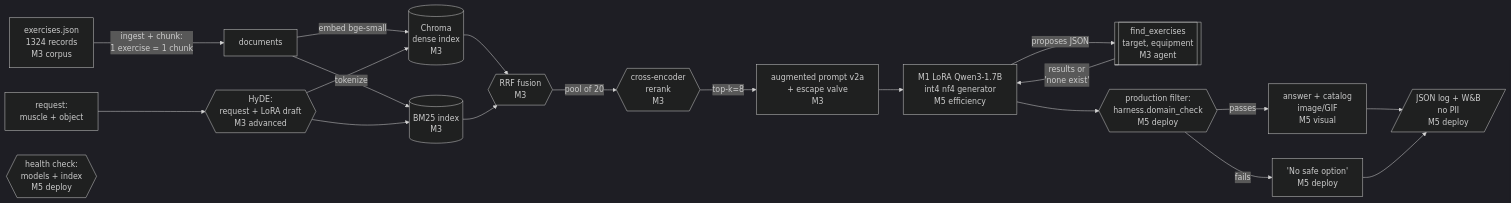
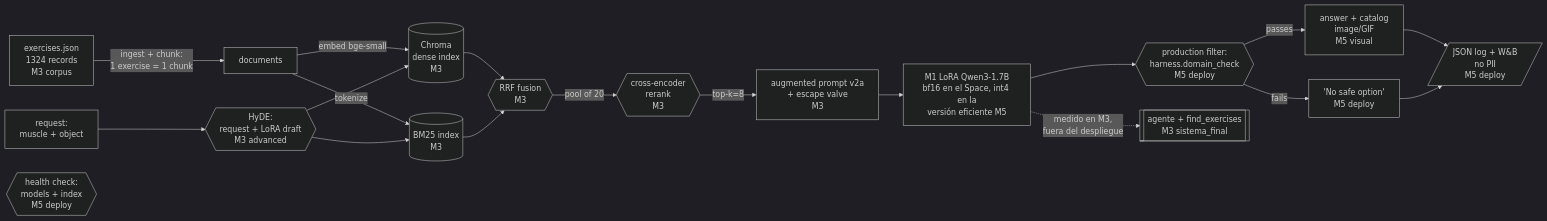
The diagram in final/reporte.md (iamcroody/JoseJimenez-JuanYoung-AlbertoCervantes-DavidCuadros), drawn with Mermaid (dark theme) before and after one commit. The commit also changed other lines of this file and 1 other file, not shown here.

First line of the commit message:
docs(final): say the agent is measured but not deployed, and why

````diff
--- a/final/reporte.md
+++ b/final/reporte.md
@@ -56,22 +56,21 @@
 ```mermaid
 flowchart LR
     A[exercises.json<br/>1324 records<br/>M3 corpus] -->|ingest + chunk:<br/>1 exercise = 1 chunk| B[documents]
     B -->|embed bge-small| C[(Chroma<br/>dense index<br/>M3)]
     B -->|tokenize| D[(BM25 index<br/>M3)]
     Q[request:<br/>muscle + object] --> H{{HyDE:<br/>request + LoRA draft<br/>M3 advanced}}
     H --> C
     H --> D
     C --> F{{RRF fusion<br/>M3}}
     D --> F
     F -->|pool of 20| R{{cross-encoder<br/>rerank<br/>M3}}
     R -->|top-k=8| P[augmented prompt v2a<br/>+ escape valve<br/>M3]
-    P --> G[M1 LoRA Qwen3-1.7B<br/>int4 nf4 generator<br/>M5 efficiency]
-    G -->|proposes JSON| T[[find_exercises<br/>target, equipment<br/>M3 agent]]
-    T -->|results or<br/>'none exist'| G
+    P --> G[M1 LoRA Qwen3-1.7B<br/>bf16 en el Space, int4 en la<br/>versión eficiente M5]
     G --> VF{{production filter:<br/>harness.domain_check<br/>M5 deploy}}
+    G -.->|medido en M3,<br/>fuera del despliegue| T[[agente + find_exercises<br/>M3 sistema_final]]
     VF -->|passes| O[answer + catalog<br/>image/GIF<br/>M5 visual]
     VF -->|fails| N['No safe option'<br/>M5 deploy]
     O --> L[/JSON log + W&B<br/>no PII<br/>M5 deploy/]
     N --> L
     HC{{health check:<br/>models + index<br/>M5 deploy}}
 ```
````
